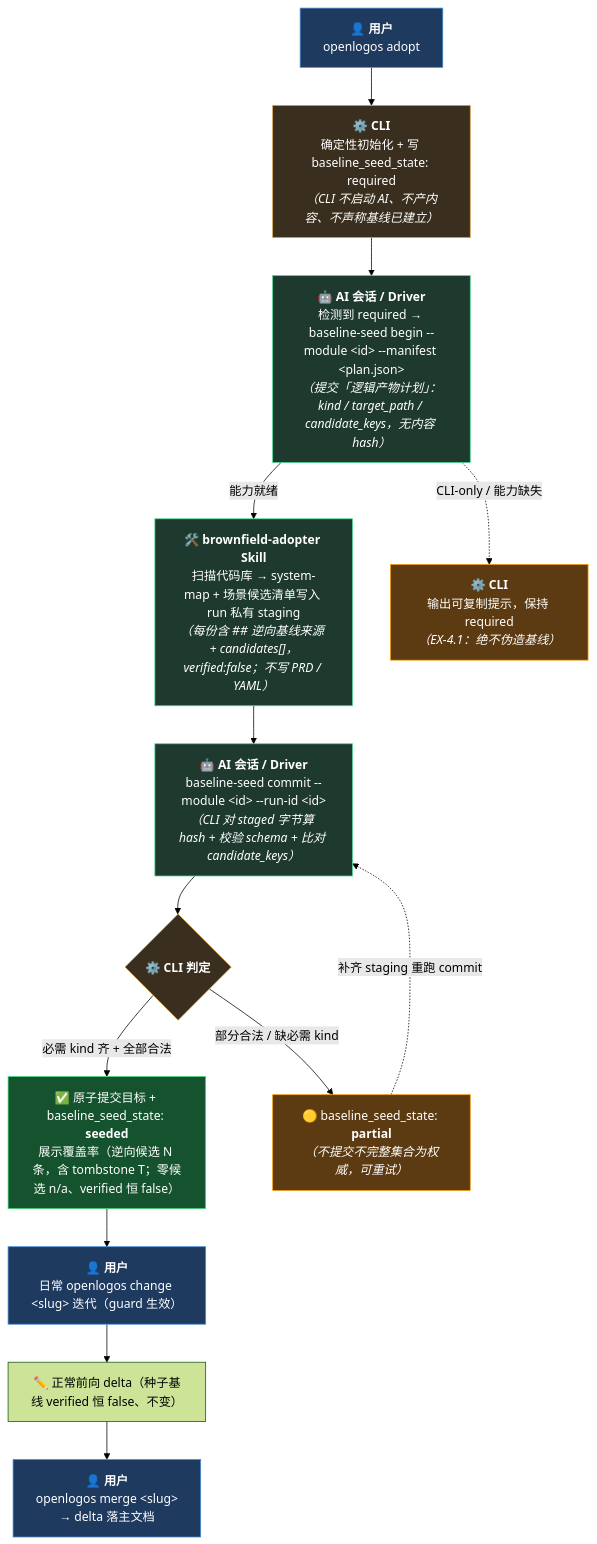
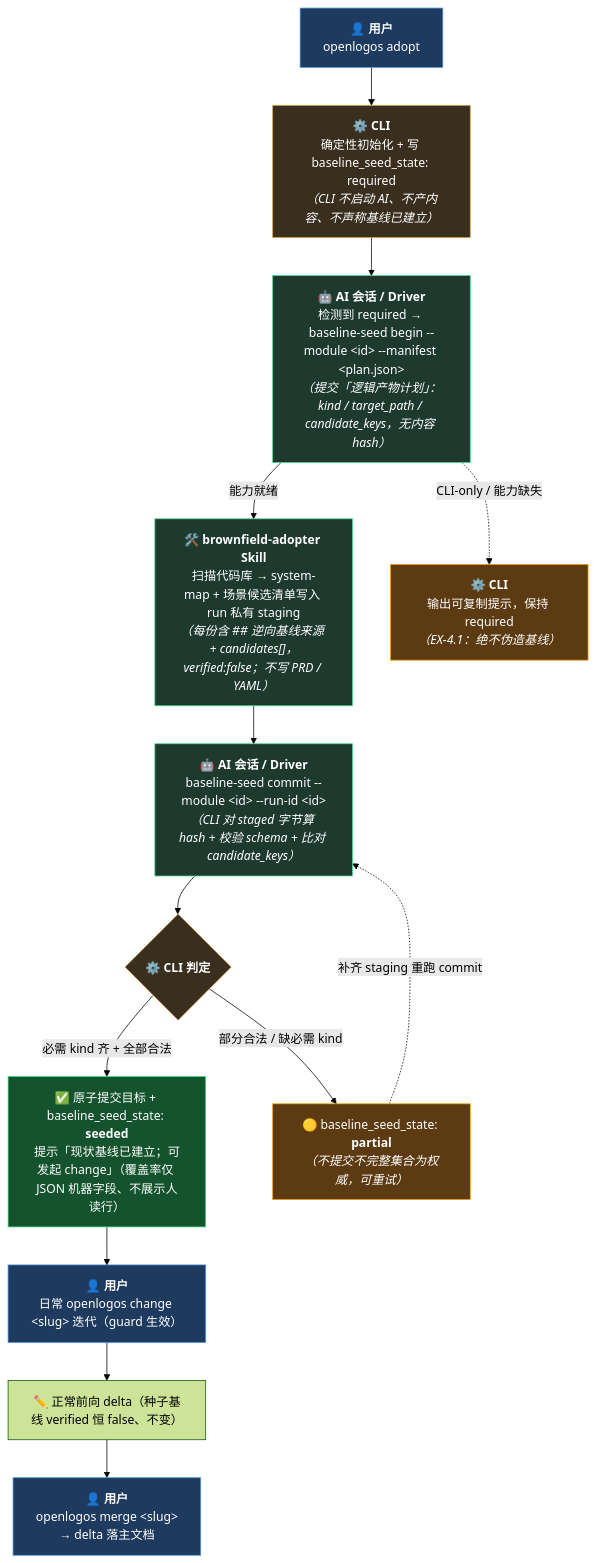
Before and after one commit to miniidealab/openlogos: the diagram in docs/brownfield-adopter-guide.md, drawn with Mermaid (forest theme). The commit also changed other lines of this file and 14 other files, not shown here.

````diff
--- a/docs/brownfield-adopter-guide.md
+++ b/docs/brownfield-adopter-guide.md
@@ -47,32 +47,32 @@
 ```mermaid
 flowchart TD
     A["👤 <b>用户</b><br/>openlogos adopt"]
       --> B["⚙️ <b>CLI</b><br/>确定性初始化 + 写 baseline_seed_state: required<br/><i>（CLI 不启动 AI、不产内容、不声称基线已建立）</i>"]
       --> C["🤖 <b>AI 会话 / Driver</b><br/>检测到 required → baseline-seed begin --module &lt;id&gt; --manifest &lt;plan.json&gt;<br/><i>（提交「逻辑产物计划」：kind / target_path / candidate_keys，无内容 hash）</i>"]
 
     C -->|能力就绪| D["🛠️ <b>brownfield-adopter Skill</b><br/>扫描代码库 → system-map + 场景候选清单写入 run 私有 staging<br/><i>（每份含 ## 逆向基线来源 + candidates[]，verified:false；不写 PRD / YAML）</i>"]
     C -.->|CLI-only / 能力缺失| X["⚙️ <b>CLI</b><br/>输出可复制提示，保持 required<br/><i>（EX-4.1：绝不伪造基线）</i>"]
 
     D --> E["🤖 <b>AI 会话 / Driver</b><br/>baseline-seed commit --module &lt;id&gt; --run-id &lt;id&gt;<br/><i>（CLI 对 staged 字节算 hash + 校验 schema + 比对 candidate_keys）</i>"]
       --> F{"⚙️ <b>CLI 判定</b>"}
 
-    F -->|必需 kind 齐 + 全部合法| G["✅ 原子提交目标 + baseline_seed_state: <b>seeded</b><br/>展示覆盖率（逆向候选 N 条，含 tombstone T；零候选 n/a、verified 恒 false）"]
+    F -->|必需 kind 齐 + 全部合法| G["✅ 原子提交目标 + baseline_seed_state: <b>seeded</b><br/>提示「现状基线已建立；可发起 change」（覆盖率仅 JSON 机器字段、不展示人读行）"]
     F -->|部分合法 / 缺必需 kind| P["🟡 baseline_seed_state: <b>partial</b><br/><i>（不提交不完整集合为权威，可重试）</i>"]
     P -.->|补齐 staging 重跑 commit| E
 
     G --> H["👤 <b>用户</b><br/>日常 openlogos change &lt;slug&gt; 迭代（guard 生效）"]
       --> K["✏️ 正常前向 delta（种子基线 verified 恒 false、不变）"]
 
     K --> L["👤 <b>用户</b><br/>openlogos merge &lt;slug&gt;<br/>→ delta 落主文档"]
 
     classDef user fill:#1e3a5f,stroke:#4a90d9,color:#fff;
     classDef cli fill:#3a2f1e,stroke:#d9a34a,color:#fff;
     classDef ai fill:#1e3a2f,stroke:#4ad98f,color:#fff;
     classDef done fill:#14532d,stroke:#4ade80,color:#fff;
     classDef warn fill:#5c3a12,stroke:#f59e0b,color:#fff;
     class A,H,L user;
     class B,F cli;
     class C,E,D ai;
     class G done;
     class P,X warn;
 ```
````
